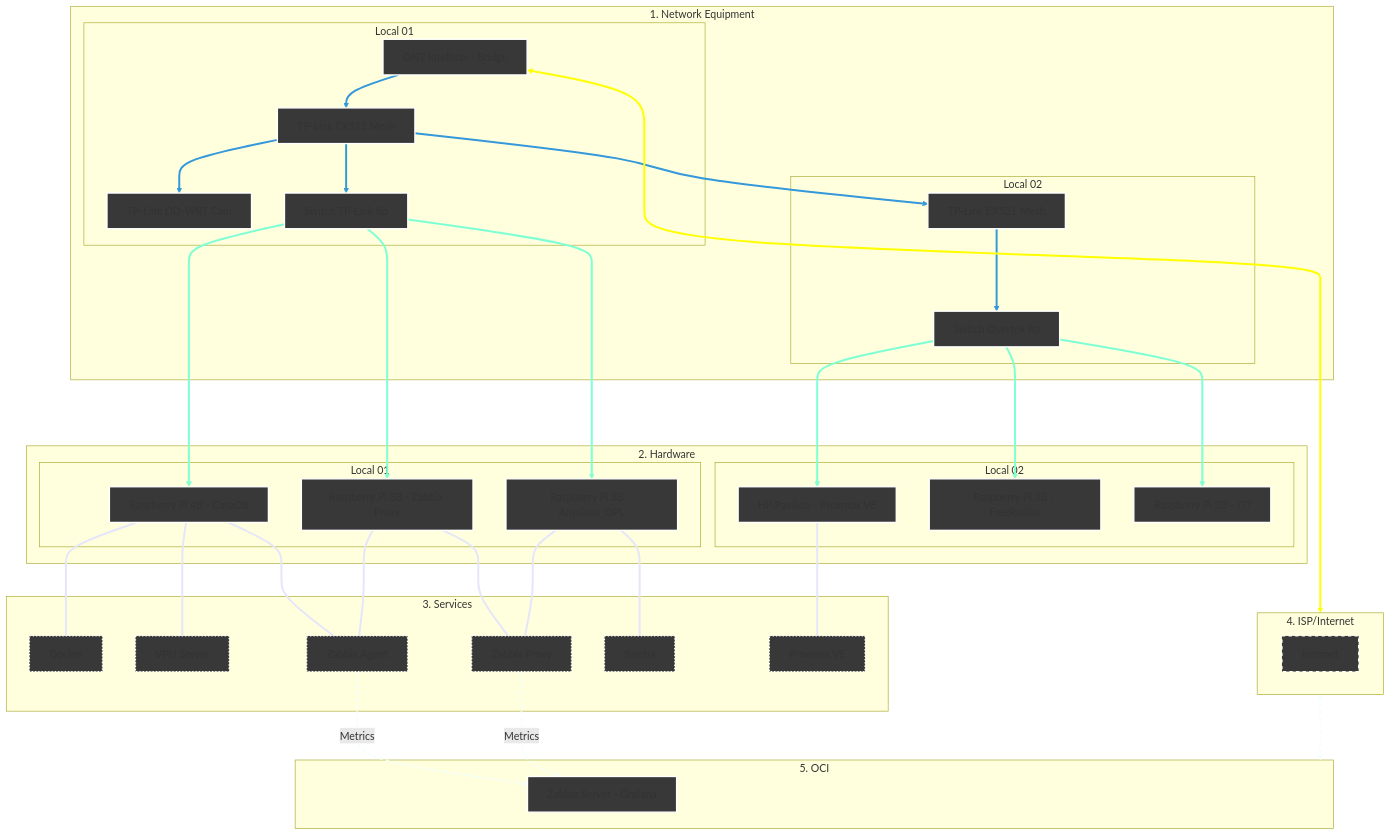
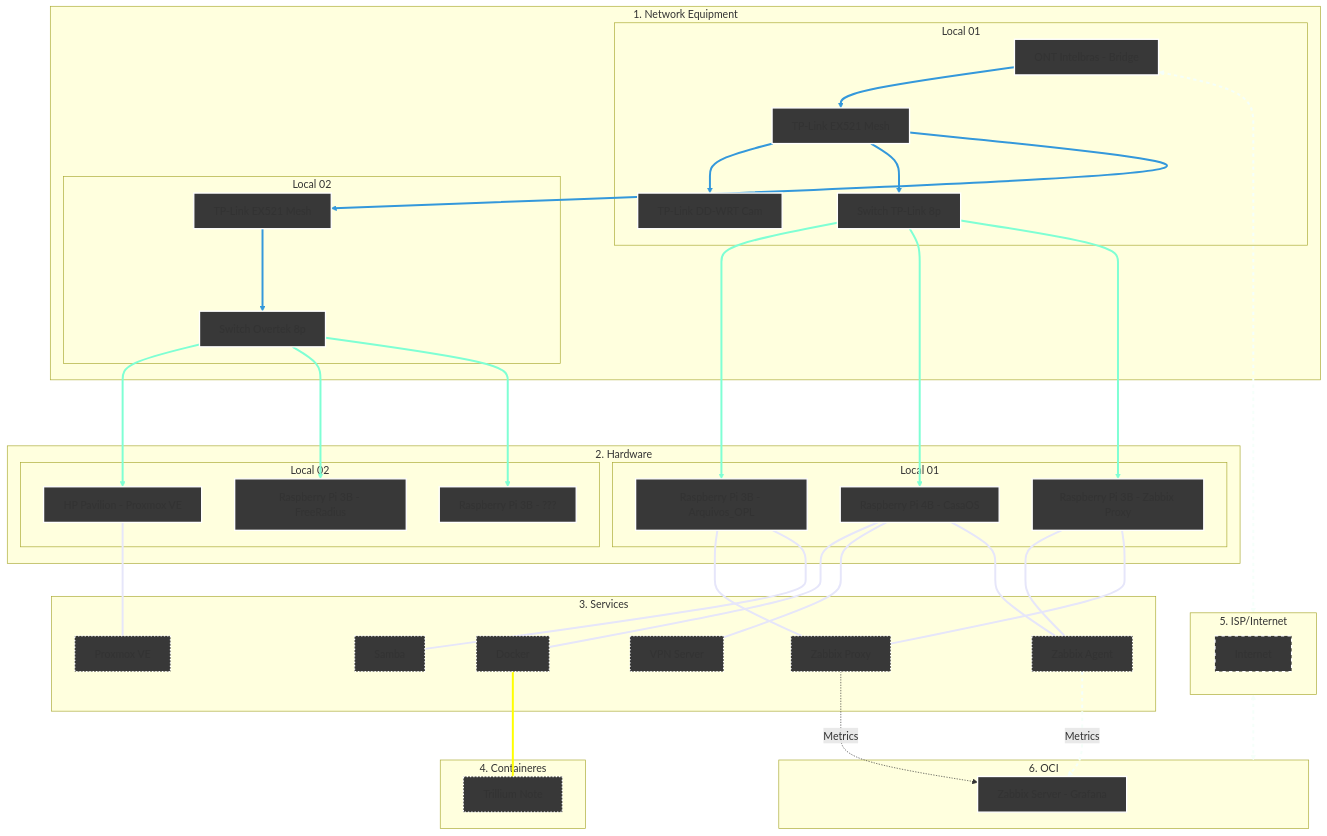
One commit to kevindexter22/Dr-Hardware-Autonet changed the diagram in Infrastructure/README.md. Above: the diagram before and after it, drawn with Mermaid.

````diff
--- a/Infrastructure/README.md
+++ b/Infrastructure/README.md
@@ -13,75 +13,80 @@
 ```mermaid
 graph TD
     %% Styles
     classDef network fill:#383838,stroke:#FFFFFF,stroke-width:2px;
     classDef hardware fill:#383838,stroke:#FFFFFF,stroke-width:2px;
     classDef internet fill:#383838,stroke:#FFFFFF,stroke-width:2px,stroke-dasharray: 5 5;
     classDef services fill:#383838,stroke:#FFFFFF,stroke-width:2px, stroke-dasharray: 2 3;
     classDef oci fill:#383838,stroke:#FFFFFF,stroke-width:2px;
 
     %% 1. NETWORK EQUIPMENT
     subgraph Principal["1. Network Equipment"]
     subgraph S1 [Local 01]
         ONT[ONT Intelbras - Bridge]:::network --> R_Mesh1[TP-Link EX521 Mesh]:::network
         R_Mesh1 --> R_Cams[TP-Link DD-WRT Cam]:::network 
         R_Mesh1 --> SW1[Switch TP-Link 8p]:::network  
     end
     subgraph S2 [Local 02]
         R_Mesh1 --> R_Mesh2[TP-Link EX521 Mesh]:::network
         R_Mesh2 ---> SW2[Switch Overtek 8p]:::network
     end
     end
     
     %% 2. HARDWARE
     subgraph Principal02["2. Hardware"]
     subgraph S3 [Local 01]
         SW1 ---> RPi3B_1[Raspberry Pi 3B - Arquivos_OPL]:::hardware
         SW1 ---> RPi4B[Raspberry Pi 4B - CasaOS]:::hardware
         SW1 ---> RPi3B_2[Raspberry Pi 3B - Zabbix Proxy]:::hardware
     end
     subgraph S4 [Local 02]
         SW2 ---> HP[HP Pavilion - Proxmox VE]:::hardware
         SW2 ---> RPi3B_3[Raspberry Pi 3B - FreeRadius]:::hardware
         SW2 ---> RPi3B_4[Raspberry Pi 3B - ???]:::hardware
     end
     end
 
     %% 3. SERVICES     
     subgraph S5 [3. Services];
         RPi4B --- Docker[Docker]:::services
         RPi4B --- VPN[VPN Server]:::services
         RPi4B --- ZA[Zabbix Agent]:::services
         RPi3B_2 --- ZA[Zabbix Agent]:::services
         RPi3B_2 --- ZP[Zabbix Proxy]:::services
         RPi3B_1 --- ZP[Zabbix Proxy]:::services
         RPi3B_1 --- SMB1[Samba]:::services
         HP --- PVE[Proxmox VE]:::services        
     end
 
-    %% 4. Internet (The Bridge)
-    subgraph S6 [4. ISP/Internet]
+    %% 4. CONTAINERES     
+    subgraph S6 [4. Containeres];
+        Docker[Docker] --- Trillium[Trillium Note]:::services
+    end
+
+    %% 5. Internet (The Bridge)
+    subgraph S7 [5. ISP/Internet]
            internet[Internet]:::internet
     end
 
-    %% 5. Oracle Cloud Infrastructure
-    subgraph S7 [5. OCI]
+    %% 6. Oracle Cloud Infrastructure
+    subgraph S8 [6. OCI]
         ZS[Zabbix Server - Grafana]:::oci
     end
 
     %% Conections of data flow
-    ONT <--> S6
-    S6 <--> S7
+    ONT <--> S7
+    S7 <--> S8
     
     %% Logical conections
     ZA -.-> |Metrics| ZS
     ZP -.-> |Metrics| ZS 
 
     %% --- Set collor on conections ---
     
     linkStyle 0,1,2,3,4 stroke:#3498db,stroke-width:3px;
     linkStyle 5,6,7,8,9,10 stroke:#7FFFD4,stroke-width:3px;
     linkStyle 11,12,13,14,15,16,17,18 stroke:#E6E6FA,stroke-width:3px;
     linkStyle 19 stroke:#FFFF00,stroke-width:3px;
     linkStyle 20,21,22 stroke:#F5FFFA,stroke-width:3px,stroke-dasharray: 5 5;
 
 ```
````
